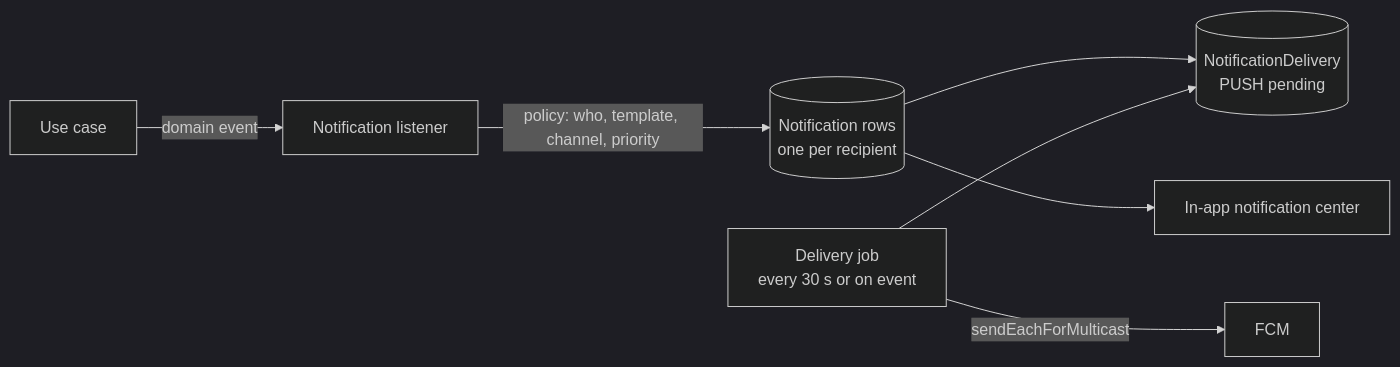
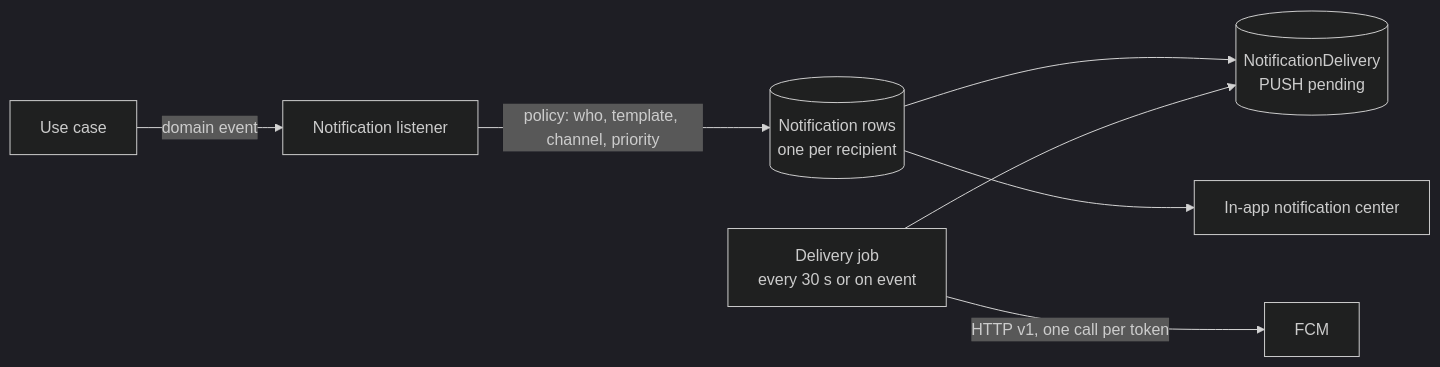
The second of 2 diagrams in docs/02-architecture.md (tejas96/movo), drawn with Mermaid (dark theme) before and after one commit. The commit also changed other lines of this file and 46 other files, not shown here.

````diff
--- a/docs/02-architecture.md
+++ b/docs/02-architecture.md
@@ -318,9 +318,9 @@
 ```mermaid
 flowchart LR
   UC[Use case] -->|domain event| L[Notification listener]
   L -->|policy: who, template, channel, priority| N[(Notification rows<br/>one per recipient)]
   N --> D[(NotificationDelivery<br/>PUSH pending)]
   J[Delivery job<br/>every 30 s or on event] --> D
-  J -->|sendEachForMulticast| FCM
+  J -->|HTTP v1, one call per token| FCM
   N --> C[In-app notification center]
 ```
````
